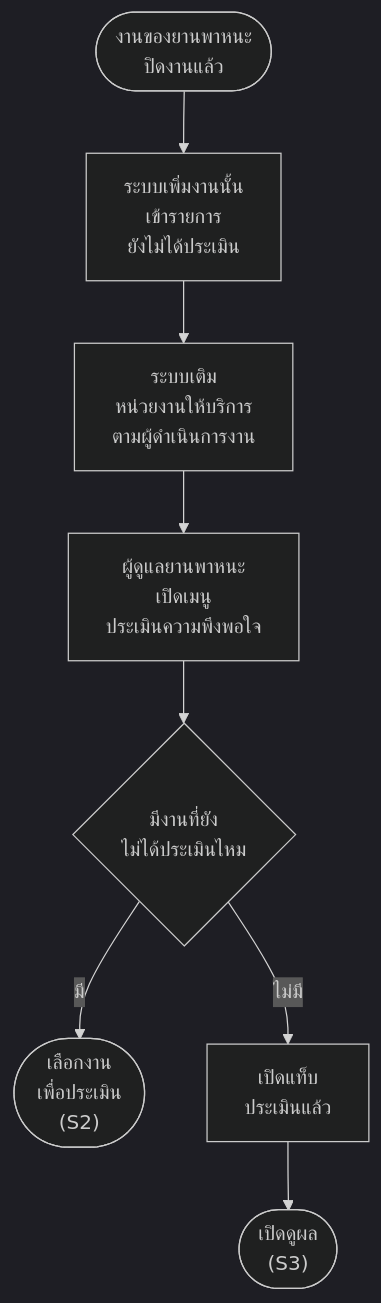
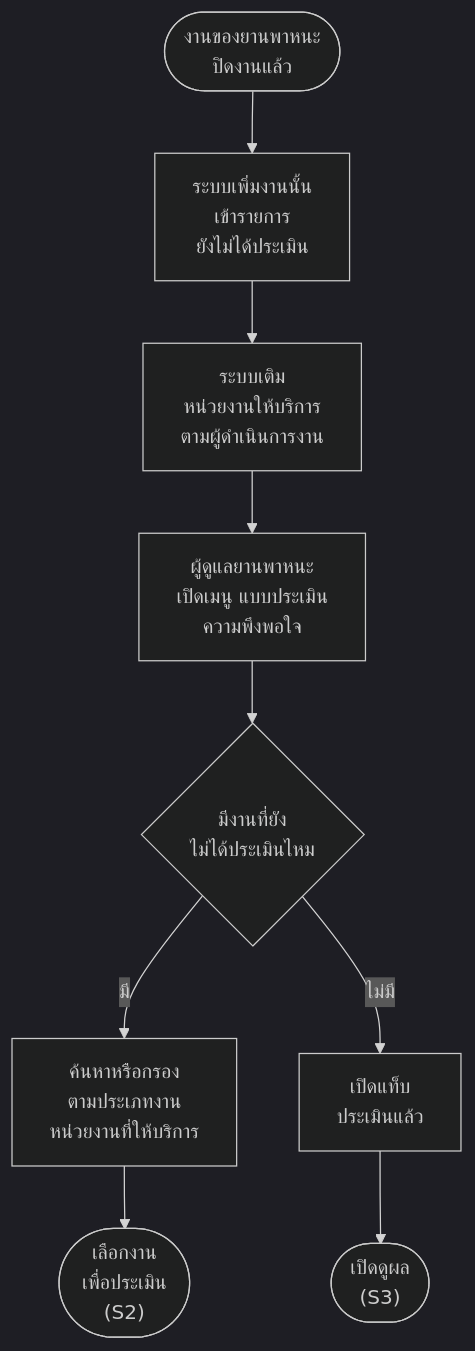
The first of 3 diagrams in Diagram/09-ประเมินความพึงพอใจ/02-ประเมินความพึงพอใจ-flowchart-กิจกรรม.md (anugmail/Maintenance-Request-Form), drawn with Mermaid (dark theme) before and after one commit. The commit also changed other lines of this file and 10 other files, not shown here.

````diff
--- a/Diagram/09-ประเมินความพึงพอใจ/02-ประเมินความพึงพอใจ-flowchart-กิจกรรม.md
+++ b/Diagram/09-ประเมินความพึงพอใจ/02-ประเมินความพึงพอใจ-flowchart-กิจกรรม.md
@@ -13,10 +13,11 @@
 ```mermaid
 flowchart TD
     S(["งานของยานพาหนะ<br/>ปิดงานแล้ว"]) --> A1["ระบบเพิ่มงานนั้น<br/>เข้ารายการ<br/>ยังไม่ได้ประเมิน"]
     A1 --> A2["ระบบเติม<br/>หน่วยงานให้บริการ<br/>ตามผู้ดำเนินการงาน"]
-    A2 --> A3["ผู้ดูแลยานพาหนะ<br/>เปิดเมนู<br/>ประเมินความพึงพอใจ"]
+    A2 --> A3["ผู้ดูแลยานพาหนะ<br/>เปิดเมนู แบบประเมิน<br/>ความพึงพอใจ"]
     A3 --> Q1{"มีงานที่ยัง<br/>ไม่ได้ประเมินไหม"}
-    Q1 -->|มี| E1(["เลือกงาน<br/>เพื่อประเมิน<br/>(S2)"])
+    Q1 -->|มี| A5["ค้นหาหรือกรอง<br/>ตามประเภทงาน<br/>หน่วยงานที่ให้บริการ"]
+    A5 --> E1(["เลือกงาน<br/>เพื่อประเมิน<br/>(S2)"])
     Q1 -->|ไม่มี| A4["เปิดแท็บ<br/>ประเมินแล้ว"]
     A4 --> E2(["เปิดดูผล<br/>(S3)"])
 ```
````
